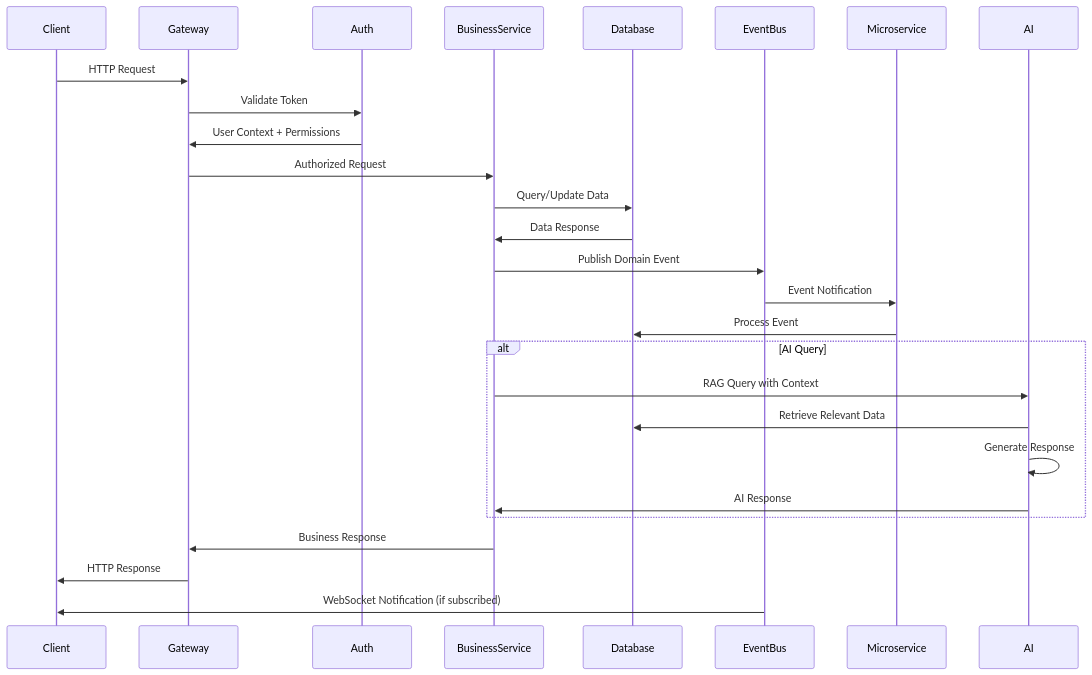
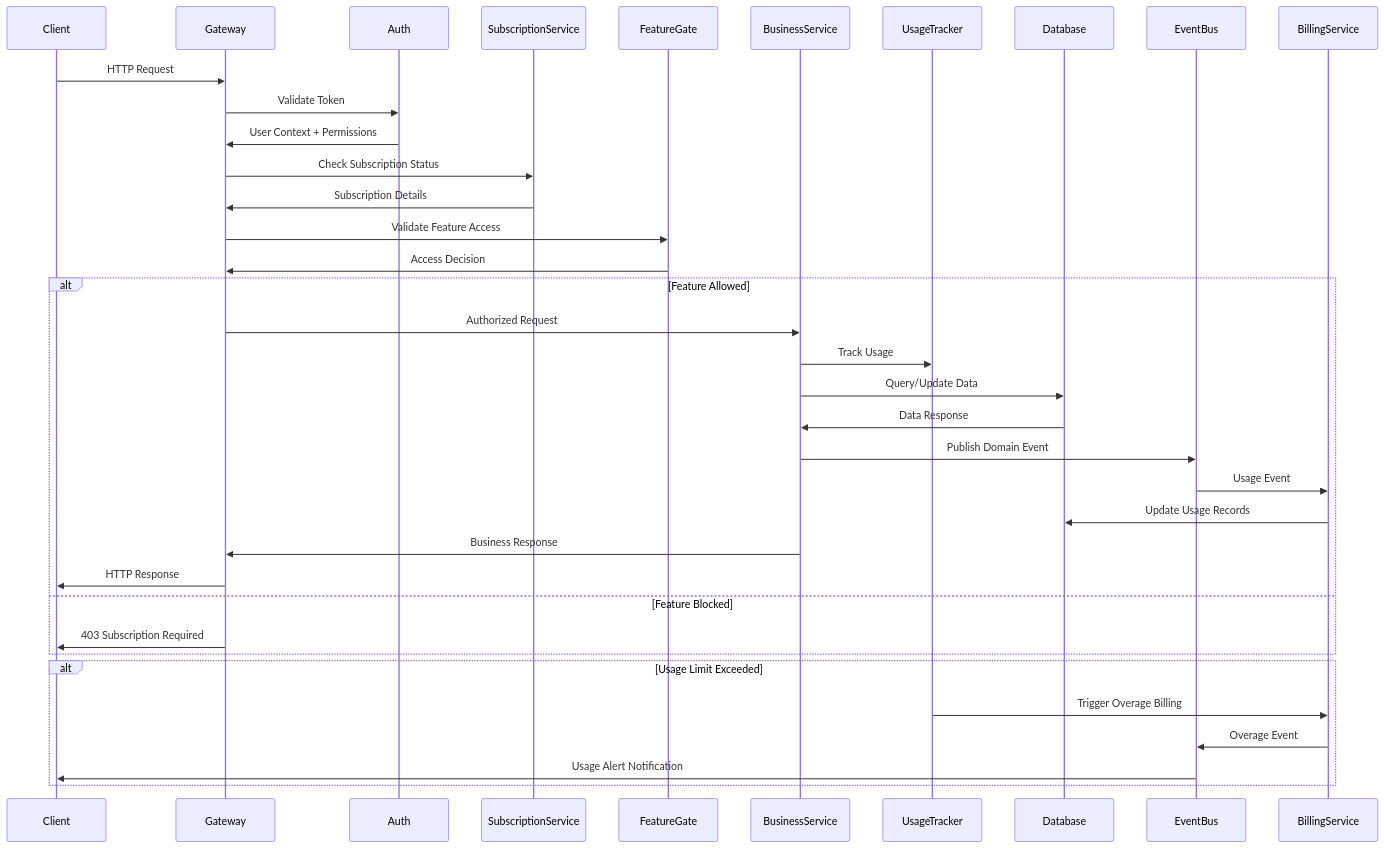
One commit to azad25/erp-suite changed the fourth of 8 diagrams in 02-architecture/architecture-diagrams.md. Above: the diagram before and after it, drawn with Mermaid. The commit also changed other lines of this file and 31 other files, not shown here.

````diff
--- a/02-architecture/architecture-diagrams.md
+++ b/02-architecture/architecture-diagrams.md
@@ -234,35 +358,45 @@
 ```mermaid
 sequenceDiagram
     participant Client
     participant Gateway
     participant Auth
+    participant SubscriptionService
+    participant FeatureGate
     participant BusinessService
+    participant UsageTracker
     participant Database
     participant EventBus
-    participant Microservice
-    participant AI
+    participant BillingService
     
     Client->>Gateway: HTTP Request
     Gateway->>Auth: Validate Token
     Auth->>Gateway: User Context + Permissions
-    Gateway->>BusinessService: Authorized Request
     
-    BusinessService->>Database: Query/Update Data
-    Database->>BusinessService: Data Response
+    Gateway->>SubscriptionService: Check Subscription Status
+    SubscriptionService->>Gateway: Subscription Details
     
-    BusinessService->>EventBus: Publish Domain Event
-    EventBus->>Microservice: Event Notification
-    Microservice->>Database: Process Event
+    Gateway->>FeatureGate: Validate Feature Access
+    FeatureGate->>Gateway: Access Decision
     
-    alt AI Query
-        BusinessService->>AI: RAG Query with Context
-        AI->>Database: Retrieve Relevant Data
-        AI->>AI: Generate Response
-        AI->>BusinessService: AI Response
+    alt Feature Allowed
+        Gateway->>BusinessService: Authorized Request
+        BusinessService->>UsageTracker: Track Usage
+        BusinessService->>Database: Query/Update Data
+        Database->>BusinessService: Data Response
+        
+        BusinessService->>EventBus: Publish Domain Event
+        EventBus->>BillingService: Usage Event
+        BillingService->>Database: Update Usage Records
+        
+        BusinessService->>Gateway: Business Response
+        Gateway->>Client: HTTP Response
+    else Feature Blocked
+        Gateway->>Client: 403 Subscription Required
     end
     
-    BusinessService->>Gateway: Business Response
-    Gateway->>Client: HTTP Response
-    
-    EventBus->>Client: WebSocket Notification (if subscribed)
+    alt Usage Limit Exceeded
+        UsageTracker->>BillingService: Trigger Overage Billing
+        BillingService->>EventBus: Overage Event
+        EventBus->>Client: Usage Alert Notification
+    end
 ```
````
